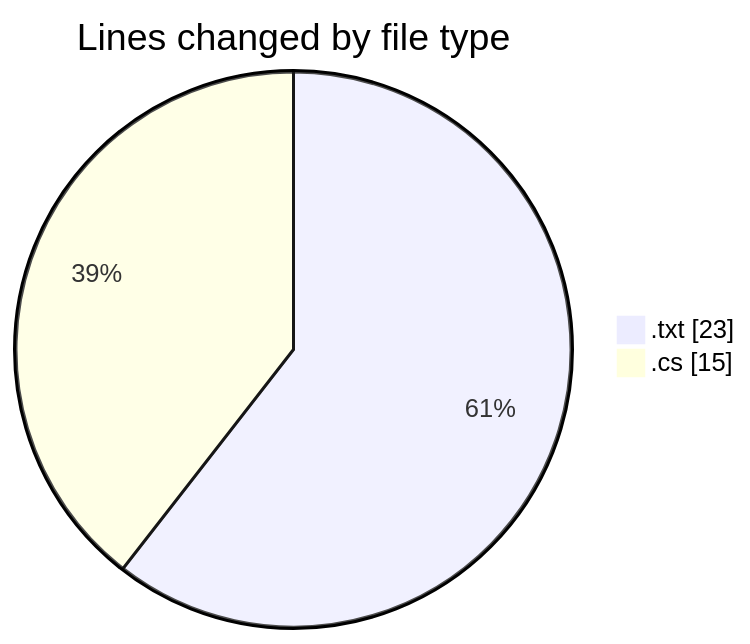
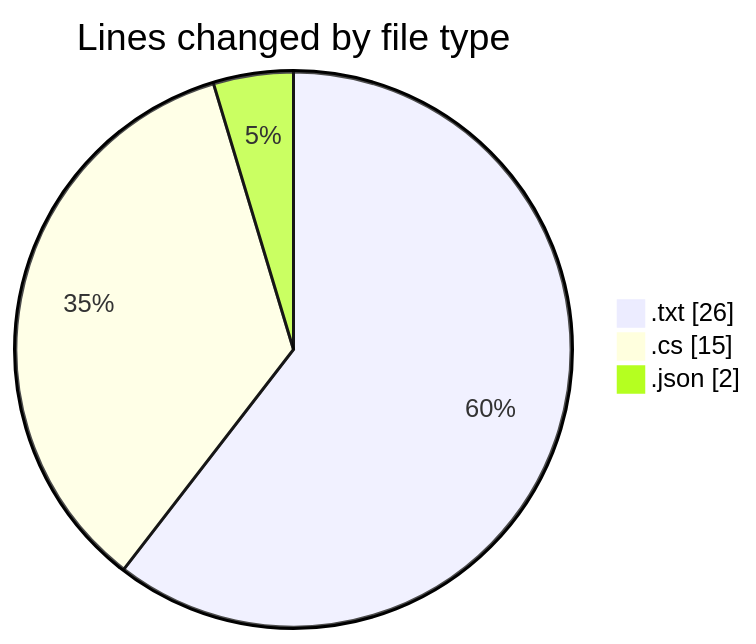
The first of 2 diagrams in 2025-07-27/quanlyrapchieuphim-1/README.md (lephambinh05/code-tracking), drawn with Mermaid before and after one commit. The commit also changed other lines of this file and 1 other file, not shown here.

````diff
--- a/2025-07-27/quanlyrapchieuphim-1/README.md
+++ b/2025-07-27/quanlyrapchieuphim-1/README.md
@@ -21,6 +22,7 @@
 ```mermaid
 pie showData
 title Lines changed by file type
-".txt" : 23
+".txt" : 26
 ".cs" : 15
+".json" : 2
 ```
````
